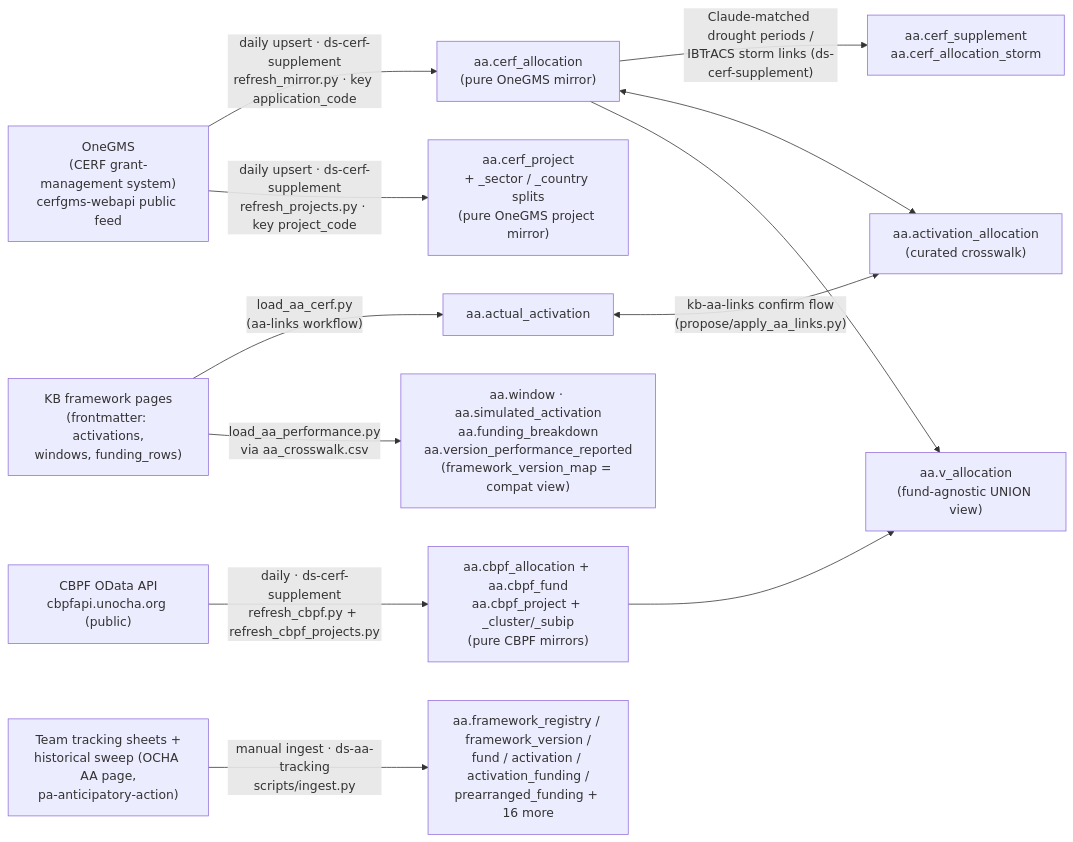
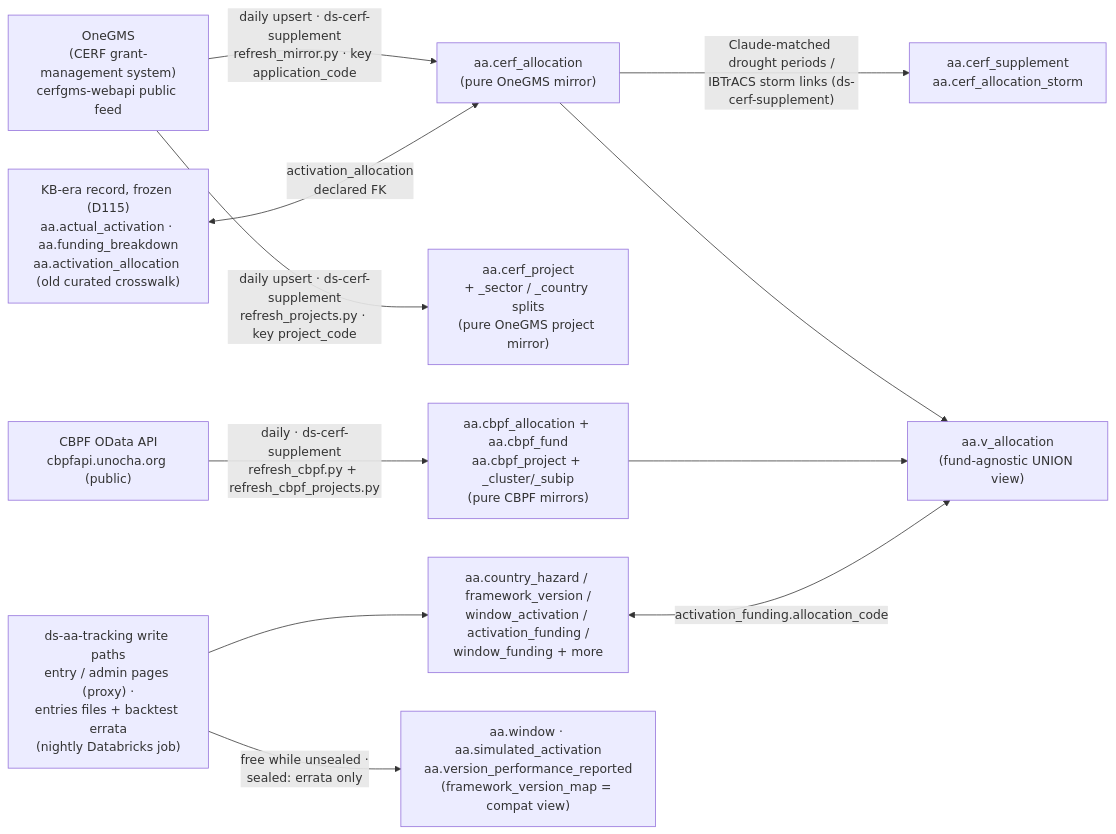
One commit to OCHA-DAP/ds-knowledge-base changed the first of 3 diagrams in infrastructure/db-erd.md. Above: the diagram before and after it, drawn with Mermaid. The commit also changed other lines of this file and 28 other files, not shown here.

First line of the commit message:
AA management moves to ds-aa-tracking (D115); record-simulated-activations as its client

````diff
--- a/infrastructure/db-erd.md
+++ b/infrastructure/db-erd.md
@@ -35,18 +35,17 @@
 ```mermaid
 flowchart LR
     onegms["OneGMS<br/>(CERF grant-management system)<br/>cerfgms-webapi public feed"]
-    kb["KB framework pages<br/>(frontmatter: activations,<br/>windows, funding_rows)"]
     onegms -->|"daily upsert · ds-cerf-supplement<br/>refresh_mirror.py · key application_code"| mirror["aa.cerf_allocation<br/>(pure OneGMS mirror)"]
     onegms -->|"daily upsert · ds-cerf-supplement<br/>refresh_projects.py · key project_code"| projmirror["aa.cerf_project<br/>+ _sector / _country splits<br/>(pure OneGMS project mirror)"]
     mirror -->|"Claude-matched drought periods /<br/>IBTrACS storm links (ds-cerf-supplement)"| supp["aa.cerf_supplement<br/>aa.cerf_allocation_storm"]
-    kb -->|"load_aa_cerf.py<br/>(aa-links workflow)"| act["aa.actual_activation"]
-    kb -->|"load_aa_performance.py<br/>via aa_crosswalk.csv"| perf["aa.window · aa.simulated_activation<br/>aa.funding_breakdown<br/>aa.version_performance_reported<br/>(framework_version_map = compat view)"]
-    act <-->|"kb-aa-links confirm flow<br/>(propose/apply_aa_links.py)"| xwalk["aa.activation_allocation<br/>(curated crosswalk)"]
-    mirror <--> xwalk
     cbpfapi["CBPF OData API<br/>cbpfapi.unocha.org (public)"]
     cbpfapi -->|"daily · ds-cerf-supplement<br/>refresh_cbpf.py + refresh_cbpf_projects.py"| cbpf["aa.cbpf_allocation + aa.cbpf_fund<br/>aa.cbpf_project + _cluster/_subip<br/>(pure CBPF mirrors)"]
     mirror --> valloc["aa.v_allocation<br/>(fund-agnostic UNION view)"]
     cbpf --> valloc
-    sheets["Team tracking sheets +<br/>historical sweep (OCHA AA page,<br/>pa-anticipatory-action)"]
-    sheets -->|"manual ingest · ds-aa-tracking<br/>scripts/ingest.py"| trk["aa.framework_registry / framework_version /<br/>fund / activation / activation_funding /<br/>prearranged_funding + 16 more"]
+    entry["ds-aa-tracking write paths<br/>entry / admin pages (proxy) ·<br/>entries files + backtest errata<br/>(nightly Databricks job)"]
+    entry --> trk["aa.country_hazard / framework_version /<br/>window_activation / activation_funding /<br/>window_funding + more"]
+    entry -->|"free while unsealed ·<br/>sealed: errata only"| perf["aa.window · aa.simulated_activation<br/>aa.version_performance_reported<br/>(framework_version_map = compat view)"]
+    trk <-->|"activation_funding.allocation_code"| valloc
+    frozen["KB-era record, frozen (D115)<br/>aa.actual_activation · aa.funding_breakdown<br/>aa.activation_allocation (old curated crosswalk)"]
+    frozen <-->|"activation_allocation<br/>declared FK"| mirror
 ```
````
